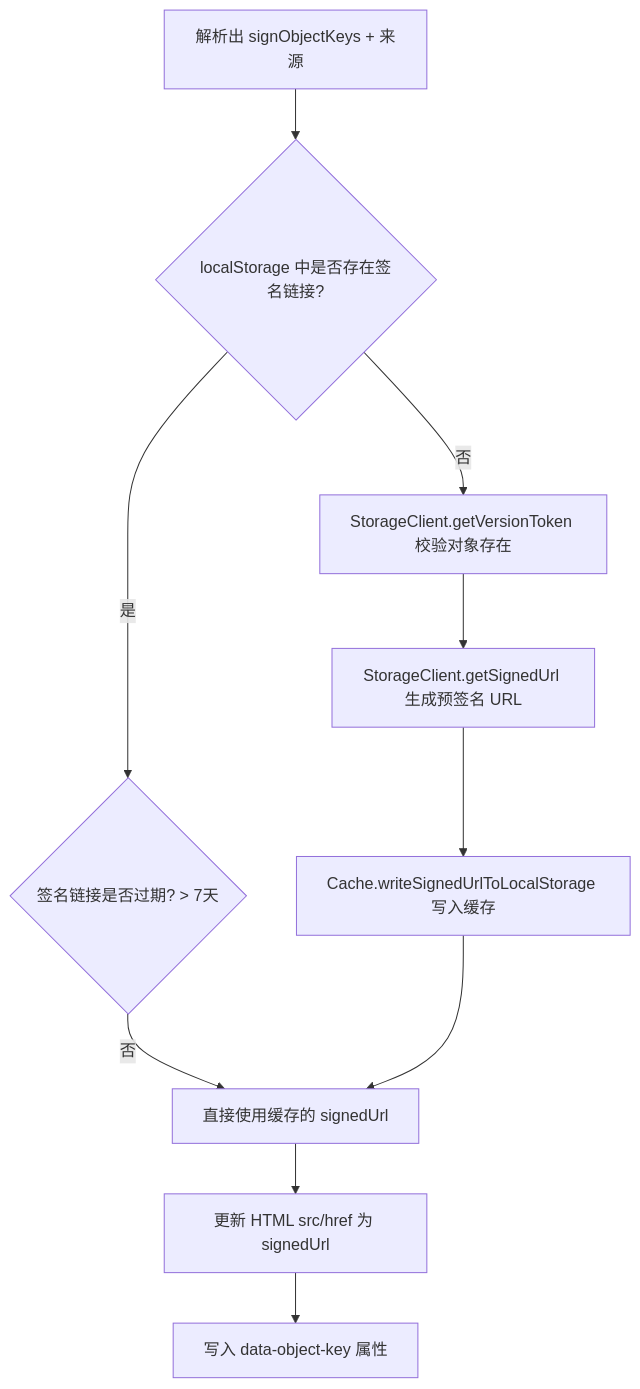
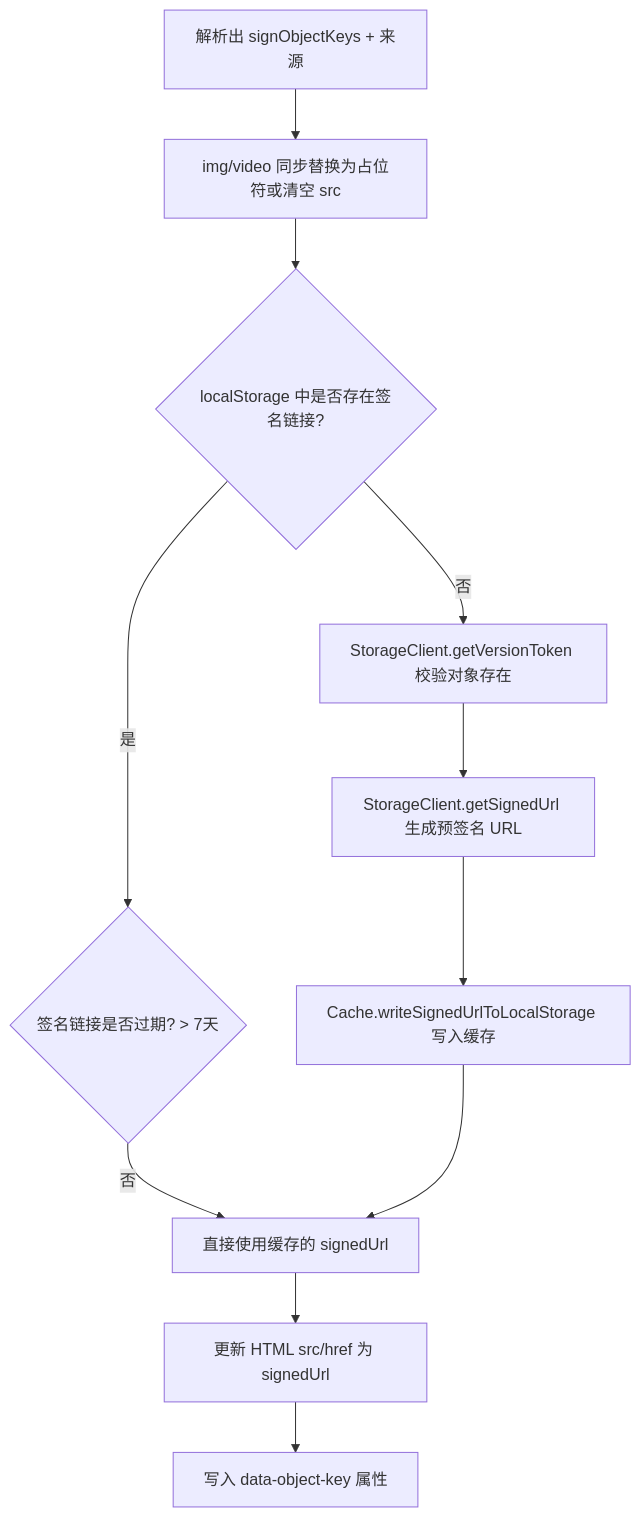
One commit to gavinzmq/obsidian-plugin-s3-link changed the second of 4 diagrams in .arcmesh/system-repo/architecture.md. Above: the diagram before and after it, drawn with Mermaid. The commit also changed other lines of this file and 5 other files, not shown here.

````diff
--- a/.arcmesh/system-repo/architecture.md
+++ b/.arcmesh/system-repo/architecture.md
@@ -149,12 +163,13 @@
 ```mermaid
 flowchart TD
-    A[解析出 signObjectKeys + 来源] --> B{localStorage 中是否存在签名链接?}
+    A[解析出 signObjectKeys + 来源] --> B0[img/video 同步替换为占位符或清空 src]
+    B0 --> B{localStorage 中是否存在签名链接?}
     B -- 是 --> C{签名链接是否过期? > 7天}
     C -- 否 --> D[直接使用缓存的 signedUrl]
     B -- 否 --> E[StorageClient.getVersionToken 校验对象存在]
     E --> F[StorageClient.getSignedUrl 生成预签名 URL]
     F --> G[Cache.writeSignedUrlToLocalStorage 写入缓存]
     G --> D
     D --> H[更新 HTML src/href 为 signedUrl]
     H --> I[写入 data-object-key 属性]
 ```
````
